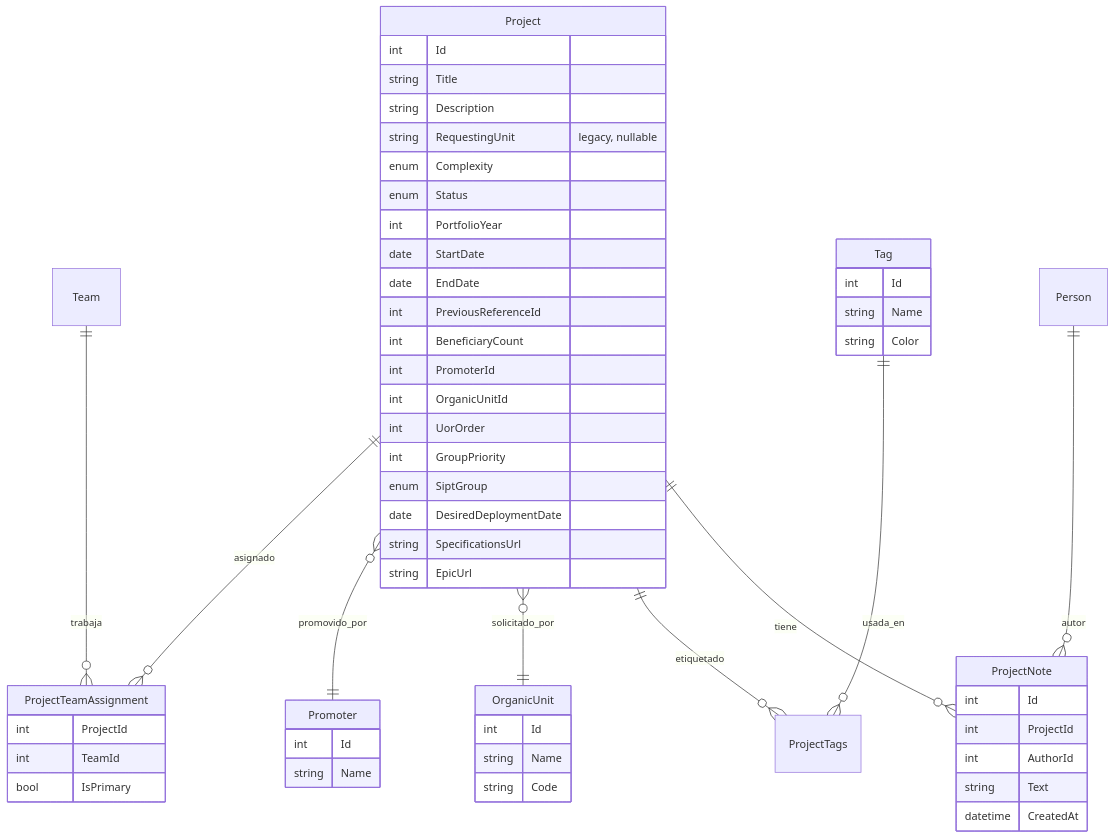
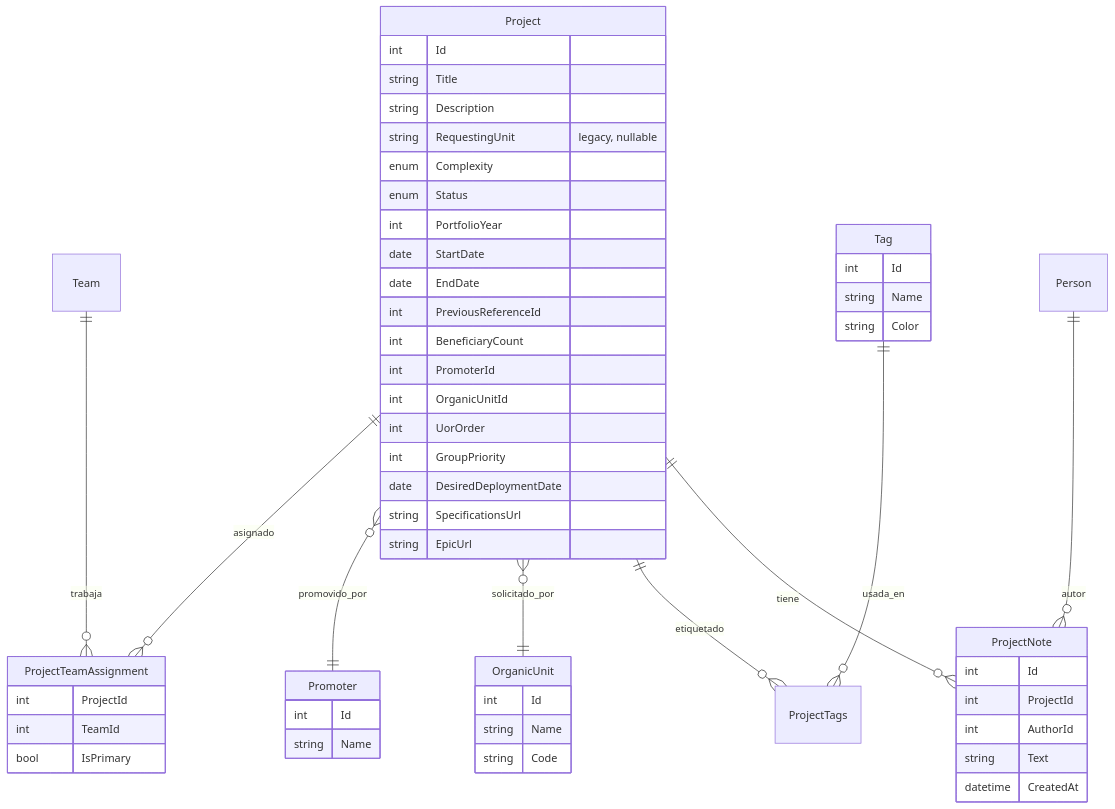
One commit to angellvl-umh/cartera-proyectos changed the diagram in docs/03-gestion-proyectos.md. Above: the diagram before and after it, drawn with Mermaid. The commit also changed other lines of this file and 34 other files, not shown here.

````diff
--- a/docs/03-gestion-proyectos.md
+++ b/docs/03-gestion-proyectos.md
@@ -9,58 +9,57 @@
 ```mermaid
 erDiagram
     Project ||--o{ ProjectTeamAssignment : asignado
     Team ||--o{ ProjectTeamAssignment : trabaja
     Project }o--|| Promoter : promovido_por
     Project }o--|| OrganicUnit : solicitado_por
     Project ||--o{ ProjectTags : etiquetado
     Tag ||--o{ ProjectTags : usada_en
     Project ||--o{ ProjectNote : tiene
     Person ||--o{ ProjectNote : autor
     Project {
         int Id
         string Title
         string Description
         string RequestingUnit "legacy, nullable"
         enum Complexity
         enum Status
         int PortfolioYear
         date StartDate
         date EndDate
         int PreviousReferenceId
         int BeneficiaryCount
         int PromoterId
         int OrganicUnitId
         int UorOrder
         int GroupPriority
-        enum SiptGroup
         date DesiredDeploymentDate
         string SpecificationsUrl
         string EpicUrl
     }
     Promoter {
         int Id
         string Name
     }
     OrganicUnit {
         int Id
         string Name
         string Code
     }
     Tag {
         int Id
         string Name
         string Color
     }
     ProjectNote {
         int Id
         int ProjectId
         int AuthorId
         string Text
         datetime CreatedAt
     }
     ProjectTeamAssignment {
         int ProjectId
         int TeamId
         bool IsPrimary
     }
 ```
````
